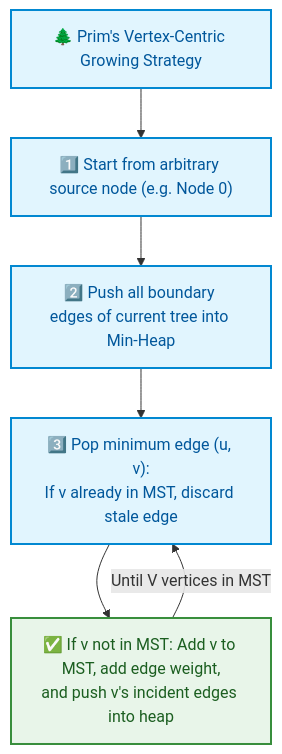
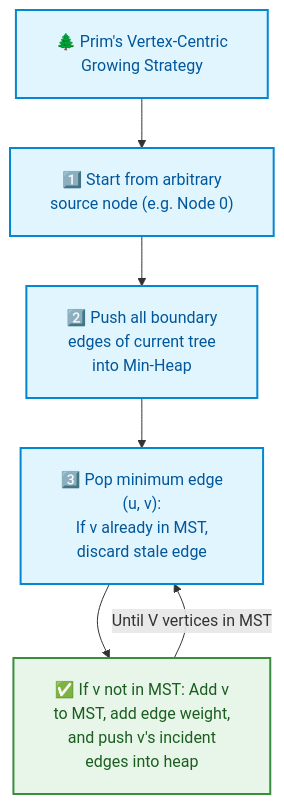
Diagram 11 of 15 in week_09_graph_algorithms_i/Week_09_Visual_Concepts_Playbook_HYBRID.md (dip4k/DSA_102), drawn with Mermaid before and after one commit. The commit also changed other lines of this file and 108 other files, not shown here.

First line of the commit message:
fix(mermaid): resolve diagram clipping, padding, and syntax issues across repo

````diff
--- a/week_09_graph_algorithms_i/Week_09_Visual_Concepts_Playbook_HYBRID.md
+++ b/week_09_graph_algorithms_i/Week_09_Visual_Concepts_Playbook_HYBRID.md
@@ -406,12 +416,13 @@
 ```mermaid
+%%{init: {"flowchart": {"htmlLabels": true, "padding": 20}}}%%
 flowchart TD
     classDef step fill:#e1f5fe,stroke:#0288d1,color:#01579b,stroke-width:2px;
     classDef grow fill:#e8f5e9,stroke:#388e3c,color:#1b5e20,stroke-width:2px;
 
-    P["🌲 Prim's Vertex-Centric Growing Strategy"]:::step
-    P --> S1["1️⃣ Start from arbitrary source node (e.g. Node 0)"]:::step
-    S1 --> S2["2️⃣ Push all boundary edges of current tree into Min-Heap"]:::step
-    S2 --> S3["3️⃣ Pop minimum edge (u, v):<br/>If v already in MST, discard stale edge"]:::step
-    S3 --> Grow["✅ If v not in MST: Add v to MST, add edge weight,<br/>and push v's incident edges into heap"]:::grow
+    P["🌲 Prim's Vertex-Centric<br/>Growing Strategy"]:::step
+    P --> S1["1️⃣ Start from arbitrary<br/>source node (e.g. Node 0)"]:::step
+    S1 --> S2["2️⃣ Push all boundary<br/>edges of current tree<br/>into Min-Heap"]:::step
+    S2 --> S3["3️⃣ Pop minimum edge<br/>(u, v):<br/>If v already in MST,<br/>discard stale edge"]:::step
+    S3 --> Grow["✅ If v not in MST: Add v<br/>to MST, add edge weight,<br/>and push v's incident<br/>edges into heap"]:::grow
     Grow -->|Until V vertices in MST| S3
 ```
````
